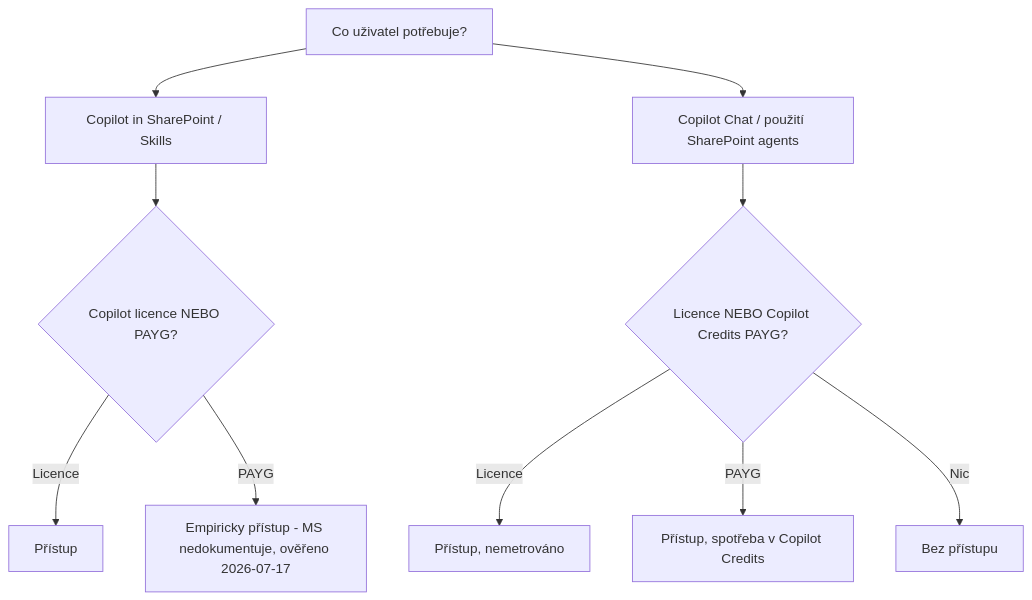
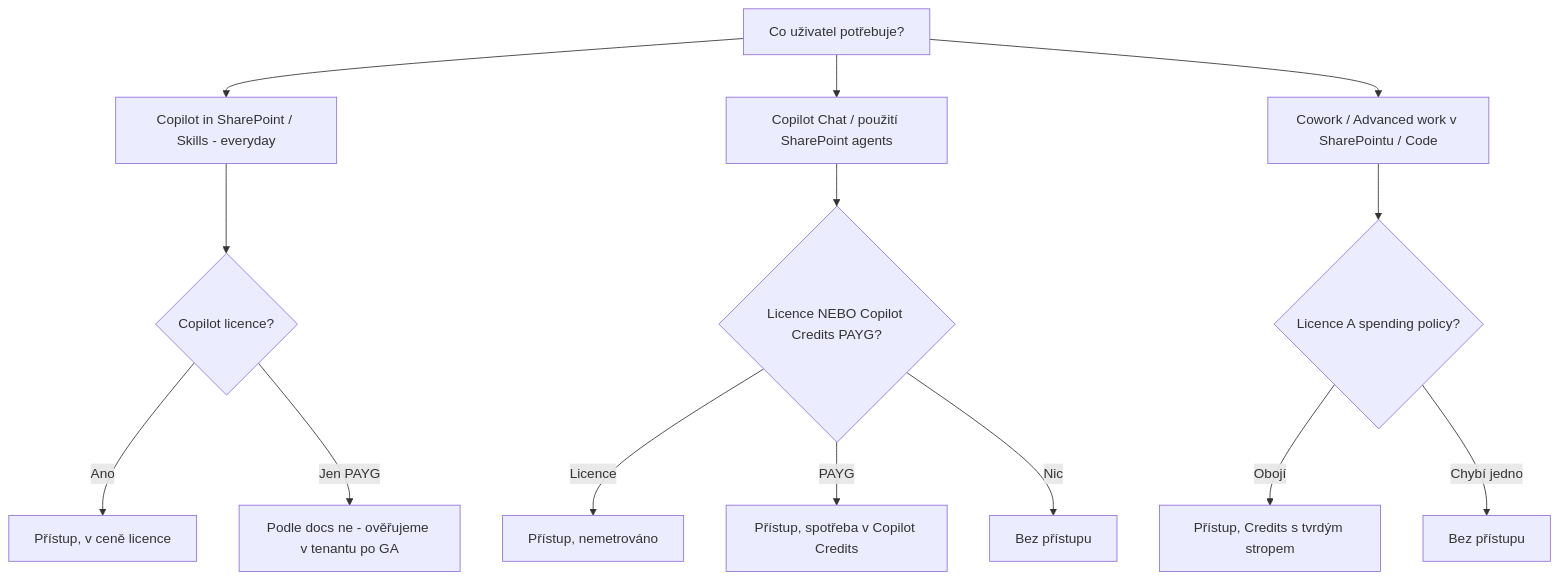
Before and after one commit to MalasekPetr/gopas-goc224: the diagram in day-1/licensing/README.md, drawn with Mermaid. The commit also changed other lines of this file and 60 other files, not shown here.

First line of the commit message:
Update course for new Copilot, Copilot in SharePoint GA and usage-based billing

````diff
--- a/day-1/licensing/README.md
+++ b/day-1/licensing/README.md
@@ -59,12 +95,16 @@
 ```mermaid
 flowchart TD
-  Start[Co uživatel potřebuje?] --> F1[Copilot in SharePoint / Skills]
+  Start[Co uživatel potřebuje?] --> F1[Copilot in SharePoint / Skills - everyday]
   Start --> F2[Copilot Chat / použití SharePoint agents]
-  F1 --> Q1{Copilot licence NEBO PAYG?}
-  Q1 -->|Licence| OK1[Přístup]
-  Q1 -->|PAYG| OK1b[Empiricky přístup - MS nedokumentuje, ověřeno 2026-07-17]
+  Start --> F3[Cowork / Advanced work v SharePointu / Code]
+  F1 --> Q1{Copilot licence?}
+  Q1 -->|Ano| OK1[Přístup, v ceně licence]
+  Q1 -->|Jen PAYG| OK1b[Podle docs ne - ověřujeme v tenantu po GA]
   F2 --> Q2{Licence NEBO Copilot Credits PAYG?}
   Q2 -->|Licence| OK2[Přístup, nemetrováno]
   Q2 -->|PAYG| Metered[Přístup, spotřeba v Copilot Credits]
   Q2 -->|Nic| No2[Bez přístupu]
+  F3 --> Q3{Licence A spending policy?}
+  Q3 -->|Obojí| OK3[Přístup, Credits s tvrdým stropem]
+  Q3 -->|Chybí jedno| No3[Bez přístupu]
 ```
````
